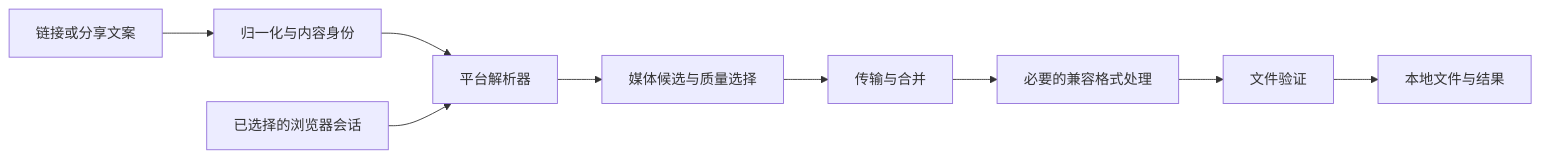
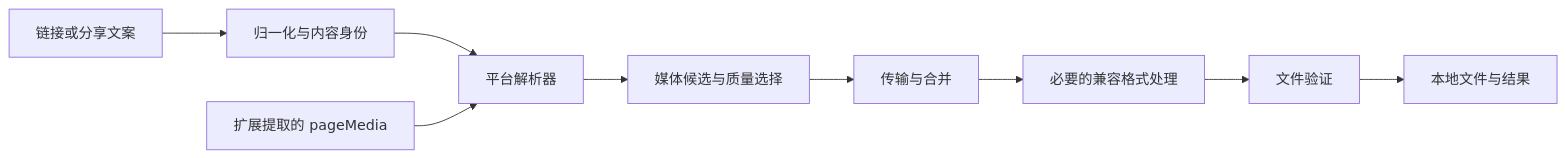
Before and after one commit to 0xFANGO/fetchy: the diagram in docs/requirements.md, drawn with Mermaid. The commit also changed other lines of this file and 5 other files, not shown here.

````diff
--- a/docs/requirements.md
+++ b/docs/requirements.md
@@ -45,11 +39,11 @@
 ```mermaid
 flowchart LR
   A[链接或分享文案] --> B[归一化与内容身份]
   B --> C[平台解析器]
   C --> D[媒体候选与质量选择]
   D --> E[传输与合并]
   E --> I[必要的兼容格式处理]
   I --> F[文件验证]
   F --> G[本地文件与结果]
-  H[已选择的浏览器会话] --> C
+  H[扩展提取的 pageMedia] --> C
 ```
````
